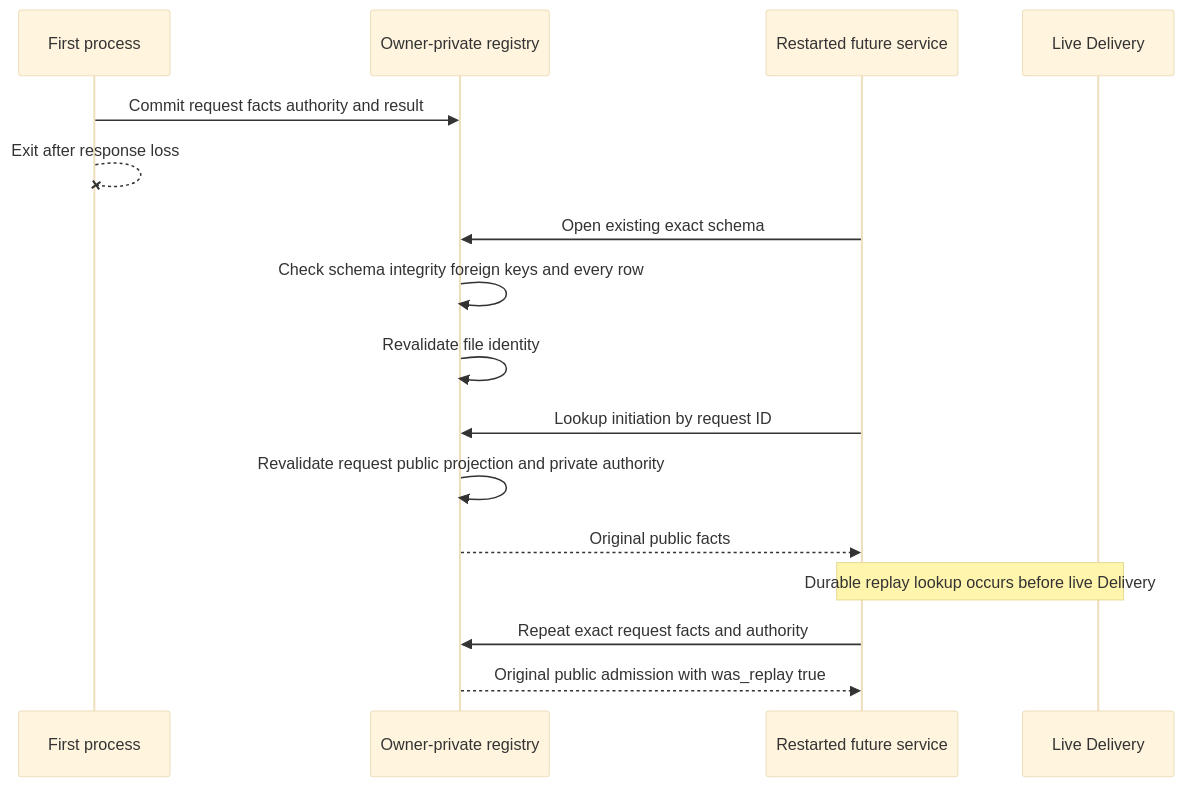
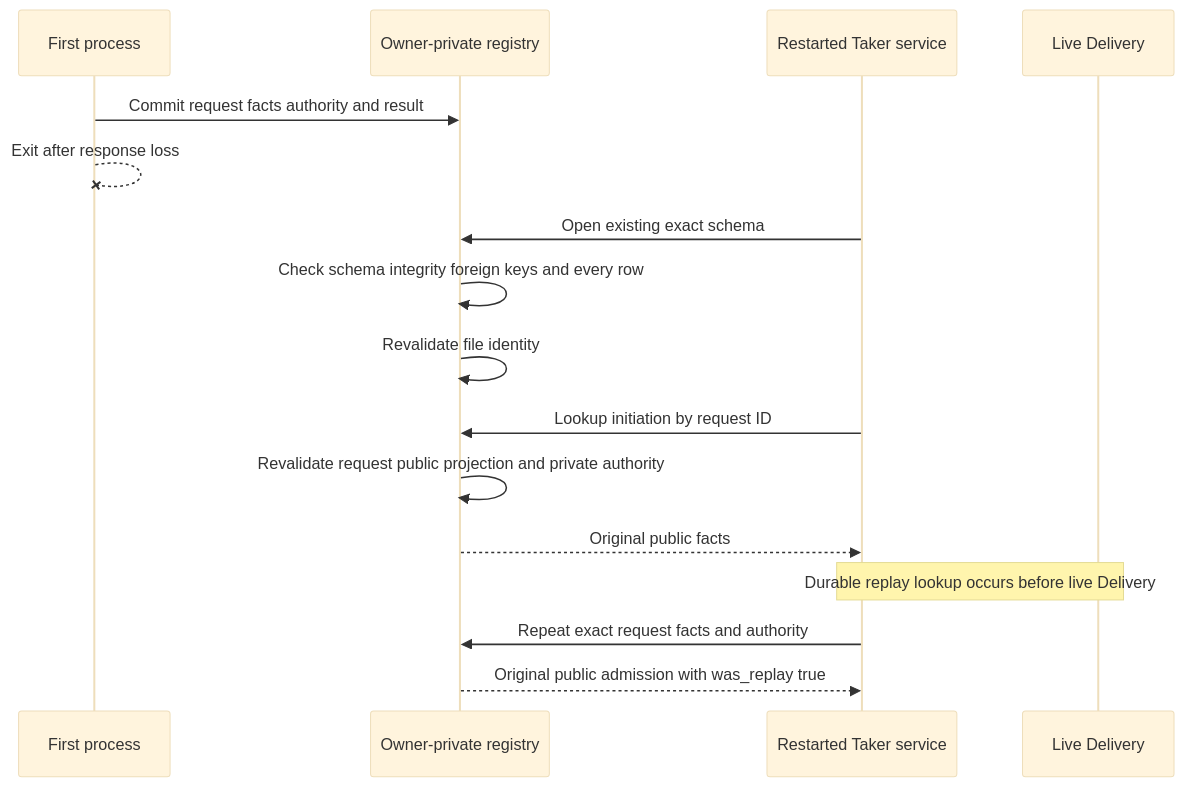
Before and after one commit to gateway-fm/lez-atomic-swaps: the fifth of 5 diagrams in docs/architecture/0132-persist-taker-initiation-admission-separately.md, drawn with Mermaid (base theme). The commit also changed other lines of this file and 12 other files, not shown here.

````diff
--- a/docs/architecture/0132-persist-taker-initiation-admission-separately.md
+++ b/docs/architecture/0132-persist-taker-initiation-admission-separately.md
@@ -158,18 +158,18 @@
 ```mermaid
 sequenceDiagram
     participant P1 as First process
     participant DB as Owner-private registry
-    participant P2 as Restarted future service
+    participant P2 as Restarted Taker service
     participant D as Live Delivery
     P1->>DB: Commit request facts authority and result
     P1--xP1: Exit after response loss
     P2->>DB: Open existing exact schema
     DB->>DB: Check schema integrity foreign keys and every row
     DB->>DB: Revalidate file identity
     P2->>DB: Lookup initiation by request ID
     DB->>DB: Revalidate request public projection and private authority
     DB-->>P2: Original public facts
     Note over P2,D: Durable replay lookup occurs before live Delivery
     P2->>DB: Repeat exact request facts and authority
     DB-->>P2: Original public admission with was_replay true
 ```
````
